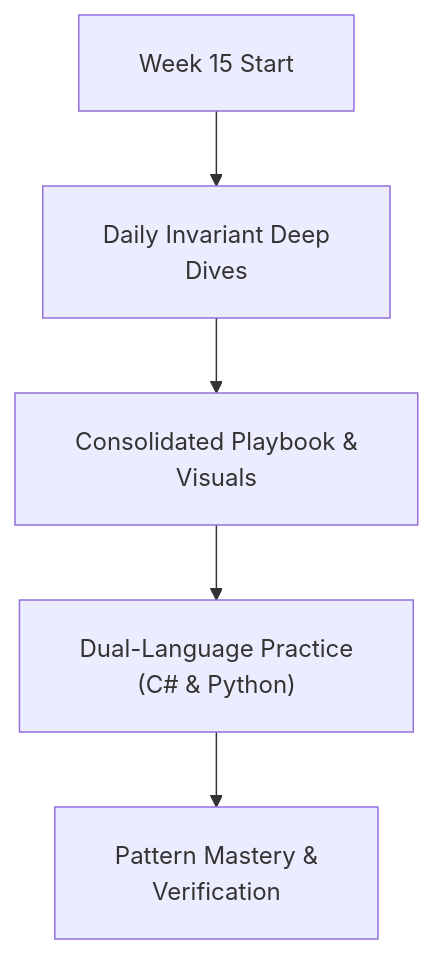
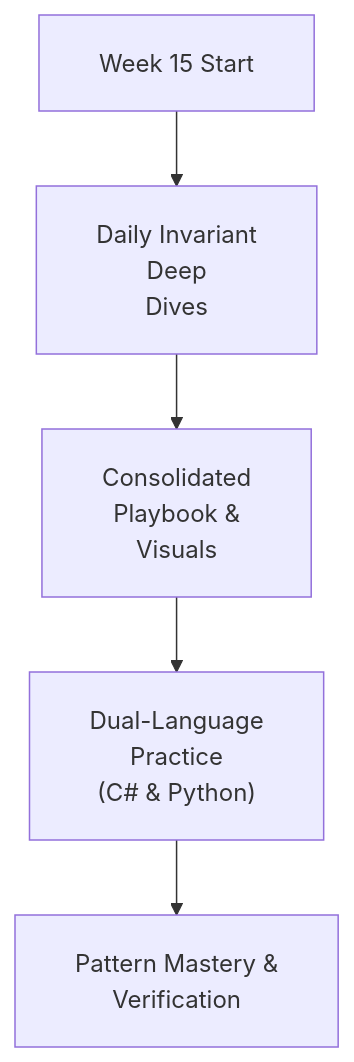
Before and after one commit to dip4k/DSA_102: the diagram in week_15_advanced_strings_flow/README.md, drawn with Mermaid. The commit also changed 106 other files, not shown here.

First line of the commit message:
fix(mermaid): prevent text clipping with foreignObject overflow and tighter line wrapping

````diff
--- a/week_15_advanced_strings_flow/README.md
+++ b/week_15_advanced_strings_flow/README.md
@@ -16,8 +16,8 @@
 ```mermaid
-%%{init: {"flowchart": {"htmlLabels": true, "padding": 20}}}%%
+%%{init: {"flowchart": {"htmlLabels": true, "padding": 20}, "themeCSS": "foreignObject { overflow: visible !important; }"}}%%
 flowchart TD
-    Start["Week 15 Start"] --> Daily["Daily Invariant Deep<br/>Dives"]
-    Daily --> Playbook["Consolidated Playbook &<br/>Visuals"]
-    Playbook --> DualLang["Dual-Language Practice<br/>(C# & Python)"]
+    Start["Week 15 Start"] --> Daily["Daily Invariant<br/>Deep<br/>Dives"]
+    Daily --> Playbook["Consolidated<br/>Playbook &<br/>Visuals"]
+    Playbook --> DualLang["Dual-Language<br/>Practice<br/>(C# & Python)"]
     DualLang --> Mastery["Pattern Mastery &<br/>Verification"]
 ```
````
